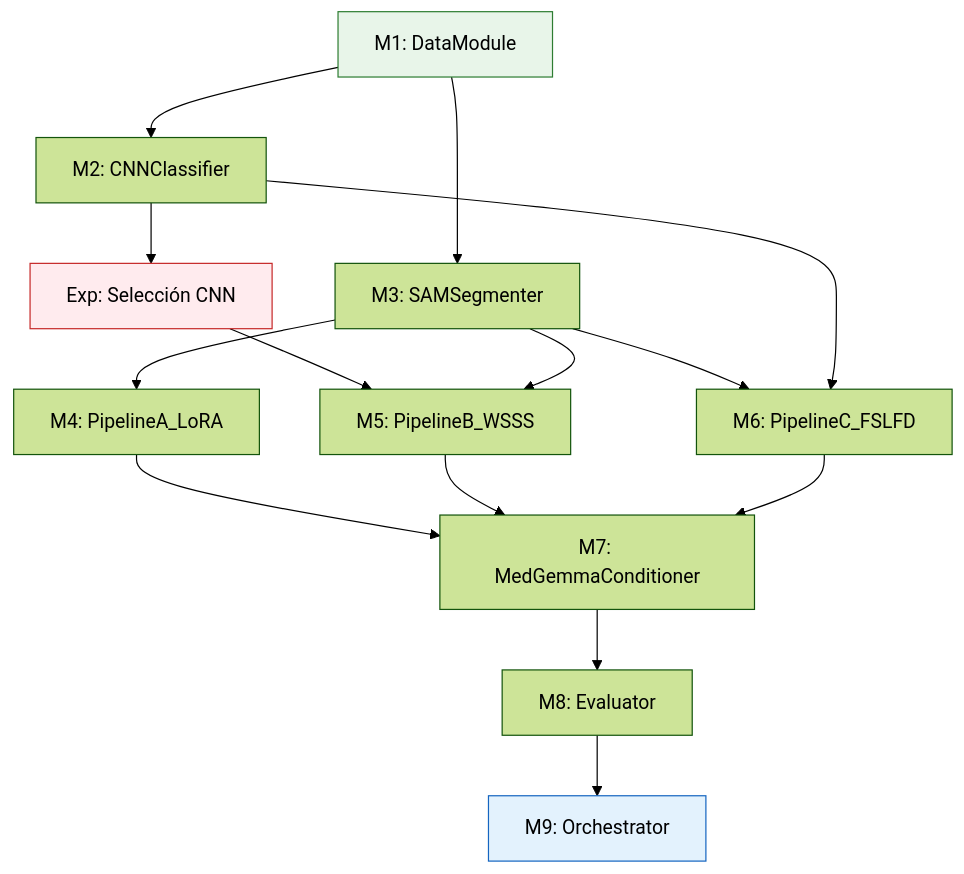
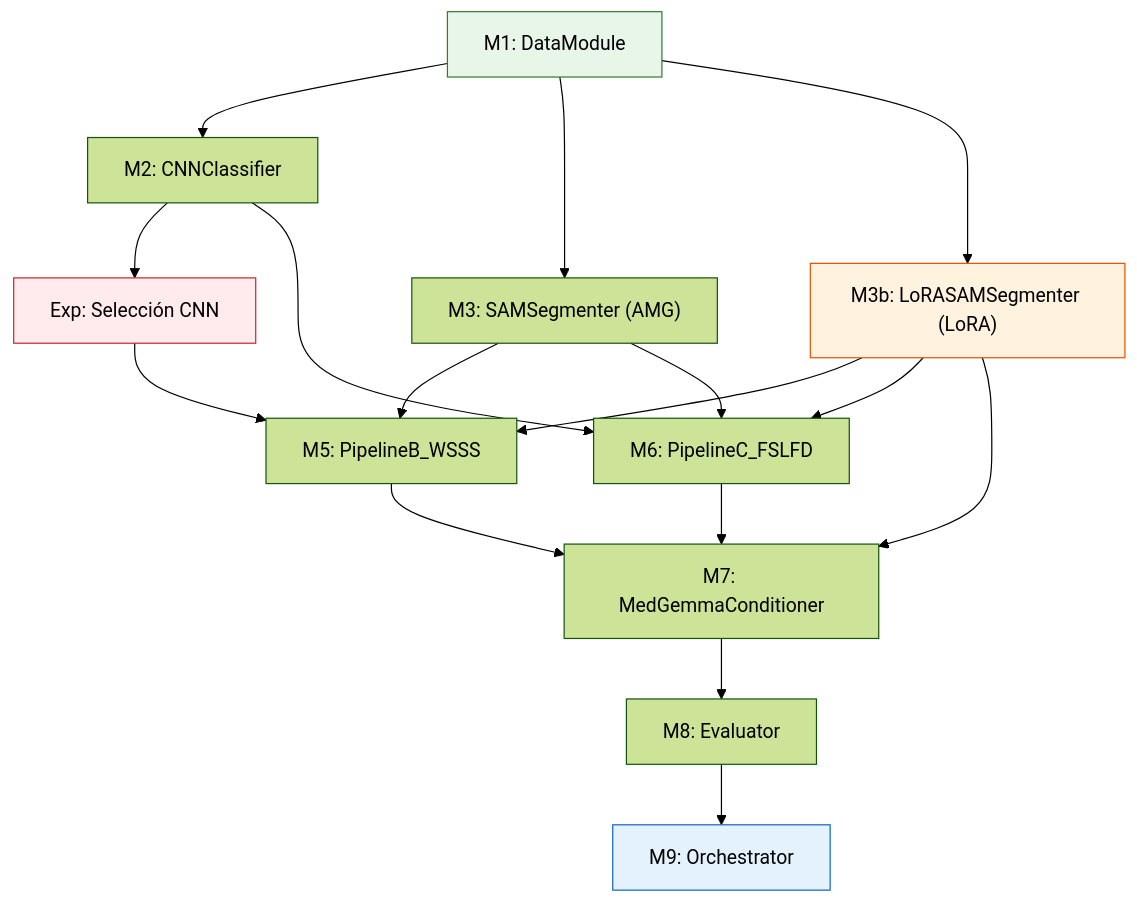
The diagram in experimental_design.md (TheBug95/Medgemma_Segmentation_CIARP_2026), drawn with Mermaid (forest theme) before and after one commit. The commit also changed other lines of this file and 5 other files, not shown here.

First line of the commit message:
Refactor SAMSegmenter module and integrate LoRASAMSegmenter; update configuration and experimental design documentation

````diff
--- a/experimental_design.md
+++ b/experimental_design.md
@@ -648,18 +692,21 @@
 ```mermaid
 flowchart TB
     M1["M1: DataModule"] --> M2["M2: CNNClassifier"]
-    M1 --> M3["M3: SAMSegmenter"]
+    M1 --> M3["M3: SAMSegmenter (AMG)"]
+    M1 --> M3b["M3b: LoRASAMSegmenter (LoRA)"]
     M2 --> EXP["Exp: Selección CNN"]
     EXP --> M5["M5: PipelineB_WSSS"]
-    M3 --> M4["M4: PipelineA_LoRA"]
     M3 --> M5
     M3 --> M6["M6: PipelineC_FSLFD"]
+    M3b --> M5
+    M3b --> M6
     M2 --> M6
-    M4 & M5 & M6 --> M7["M7: MedGemmaConditioner"]
+    M5 & M6 & M3b --> M7["M7: MedGemmaConditioner"]
     M7 --> M8["M8: Evaluator"]
     M8 --> M9["M9: Orchestrator"]
 
     style M1 fill:#e8f5e9,stroke:#2e7d32
     style EXP fill:#ffebee,stroke:#c62828
     style M9 fill:#e3f2fd,stroke:#1565C0
+    style M3b fill:#fff3e0,stroke:#e65100
 ```
````
